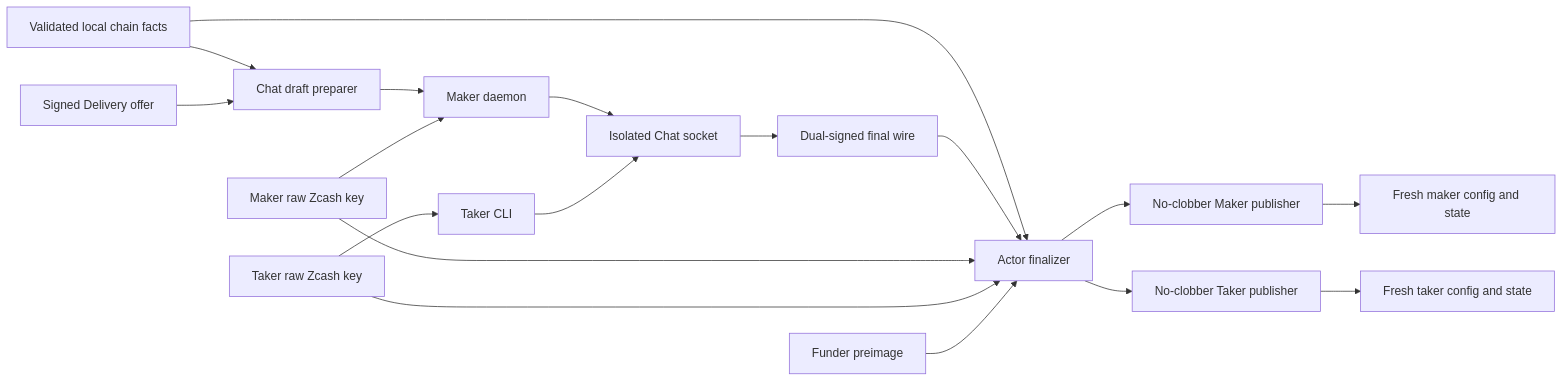
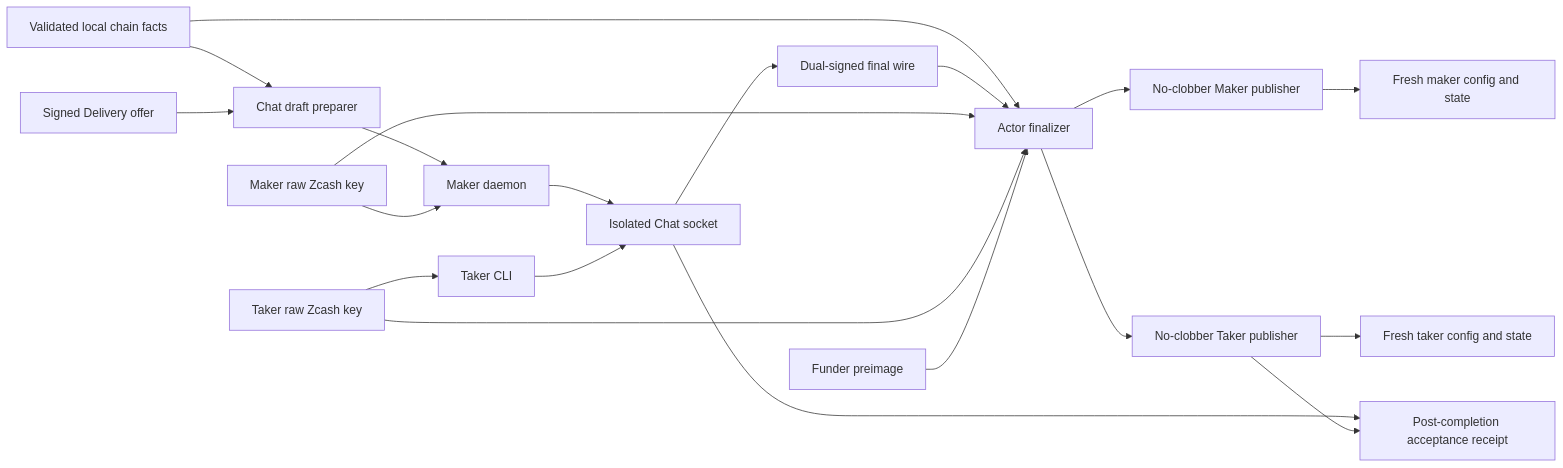
One commit to gateway-fm/lez-atomic-swaps changed the first of 2 diagrams in docs/architecture/0093-rebind-chat-agreements-into-fresh-actors.md. Above: the diagram before and after it, drawn with Mermaid. The commit also changed other lines of this file and 13 other files, not shown here.

Commit message:
feat(m5): bind taker lifecycle to acceptance receipts

````diff
--- a/docs/architecture/0093-rebind-chat-agreements-into-fresh-actors.md
+++ b/docs/architecture/0093-rebind-chat-agreements-into-fresh-actors.md
@@ -50,20 +56,22 @@
 ```mermaid
 flowchart LR
     Template[Validated local chain facts] --> Draft[Chat draft preparer]
     Delivery[Signed Delivery offer] --> Draft
     Draft --> Maker[Maker daemon]
     MakerKey[Maker raw Zcash key] --> Maker
     TakerKey[Taker raw Zcash key] --> Taker[Taker CLI]
     Maker --> Chat[Isolated Chat socket]
     Taker --> Chat
     Chat --> Final[Dual-signed final wire]
     Template --> Bind[Actor finalizer]
     Final --> Bind
     MakerKey --> Bind
     TakerKey --> Bind
     Preimage[Funder preimage] --> Bind
     Bind --> MakerPub[No-clobber Maker publisher]
     Bind --> TakerPub[No-clobber Taker publisher]
     MakerPub --> MakerActor[Fresh maker config and state]
     TakerPub --> TakerActor[Fresh taker config and state]
+    Chat --> Receipt[Post-completion acceptance receipt]
+    TakerPub --> Receipt
 ```
````
